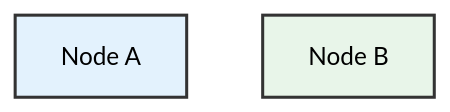
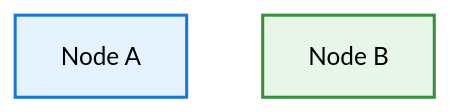
The second of 7 diagrams in docs/mermaid-contrast.md (softwarewrighter/pdf2md), drawn with Mermaid before and after one commit. The commit also changed other lines of this file and 7 other files, not shown here.

First line of the commit message:
fix: update mermaid diagrams for GitHub dark mode compatibility

````diff
--- a/docs/mermaid-contrast.md
+++ b/docs/mermaid-contrast.md
@@ -56,8 +56,9 @@
 ```mermaid
+%%{init: {'theme':'neutral'}}%%
 graph TB
     A[Node A]
     B[Node B]
 
-    style A fill:#e3f2fd,stroke:#333,stroke-width:2px,color:#000
-    style B fill:#e8f5e9,stroke:#333,stroke-width:2px,color:#000
+    style A fill:#e3f2fd,stroke:#1976d2,stroke-width:2px
+    style B fill:#e8f5e9,stroke:#388e3c,stroke-width:2px
 ```
````
